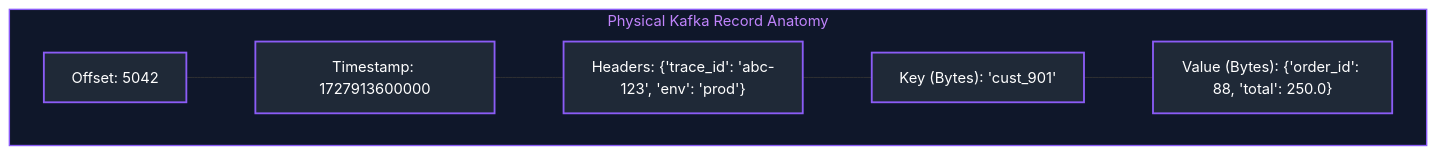
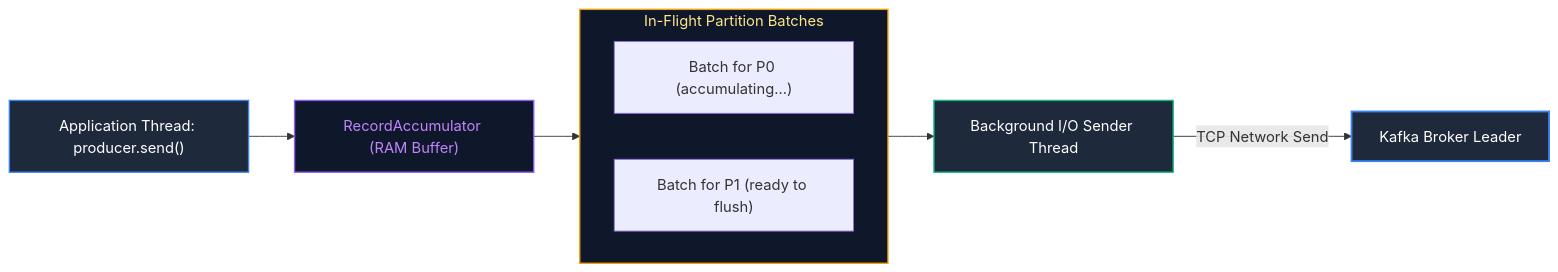
The fifth of 14 diagrams in Data Engineering/11_streaming_and_kafka_event_streaming.md (joydeep-biswas/Interview-Preparation), drawn with Mermaid before and after one commit. The commit also changed other lines of this file and 143 other files, not shown here.

````diff
--- a/Data Engineering/11_streaming_and_kafka_event_streaming.md
+++ b/Data Engineering/11_streaming_and_kafka_event_streaming.md
@@ -241,19 +285,20 @@
 ```mermaid
-flowchart TD
-    subgraph KafkaRecord ["Physical Kafka Record Anatomy"]
-        Offset["Offset: 5042"]
-        Timestamp["Timestamp: 1727913600000"]
-        Headers["Headers: {'trace_id': 'abc-123', 'env': 'prod'}"]
-        Key["Key (Bytes): 'cust_901'"]
-        Value["Value (Bytes): {'order_id': 88, 'total': 250.0}"]
+flowchart LR
+    App["Application Thread: producer.send()"] --> RA["RecordAccumulator (RAM Buffer)"]
+    
+    subgraph Batches ["In-Flight Partition Batches"]
+        direction LR
+        B0["Batch for P0 (accumulating...)"]
+        B1["Batch for P1 (ready to flush)"]
     end
-    Offset --- Timestamp --- Headers --- Key --- Value
 
-    style KafkaRecord fill:#0f172a,stroke:#8b5cf6,stroke-width:1.5px,color:#c084fc
+    RA --> Batches
+    Batches --> Sender["Background I/O Sender Thread"]
+    Sender -->|"TCP Network Send"| Broker["Kafka Broker Leader"]
 
-    style Offset fill:#1f2937,stroke:#8b5cf6,stroke-width:2px,color:#fff
-    style Timestamp fill:#1f2937,stroke:#8b5cf6,stroke-width:2px,color:#fff
-    style Headers fill:#1f2937,stroke:#8b5cf6,stroke-width:2px,color:#fff
-    style Key fill:#1f2937,stroke:#8b5cf6,stroke-width:2px,color:#fff
-    style Value fill:#1f2937,stroke:#8b5cf6,stroke-width:2px,color:#fff
+    style App fill:#1e293b,stroke:#3b82f6,stroke-width:1.5px,color:#fff
+    style RA fill:#0f172a,stroke:#8b5cf6,stroke-width:1.5px,color:#c084fc
+    style Batches fill:#0f172a,stroke:#f59e0b,stroke-width:1.5px,color:#fde68a
+    style Sender fill:#1e293b,stroke:#10b981,stroke-width:1.5px,color:#fff
+    style Broker fill:#1e293b,stroke:#3b82f6,stroke-width:2px,color:#fff
 ```
````
